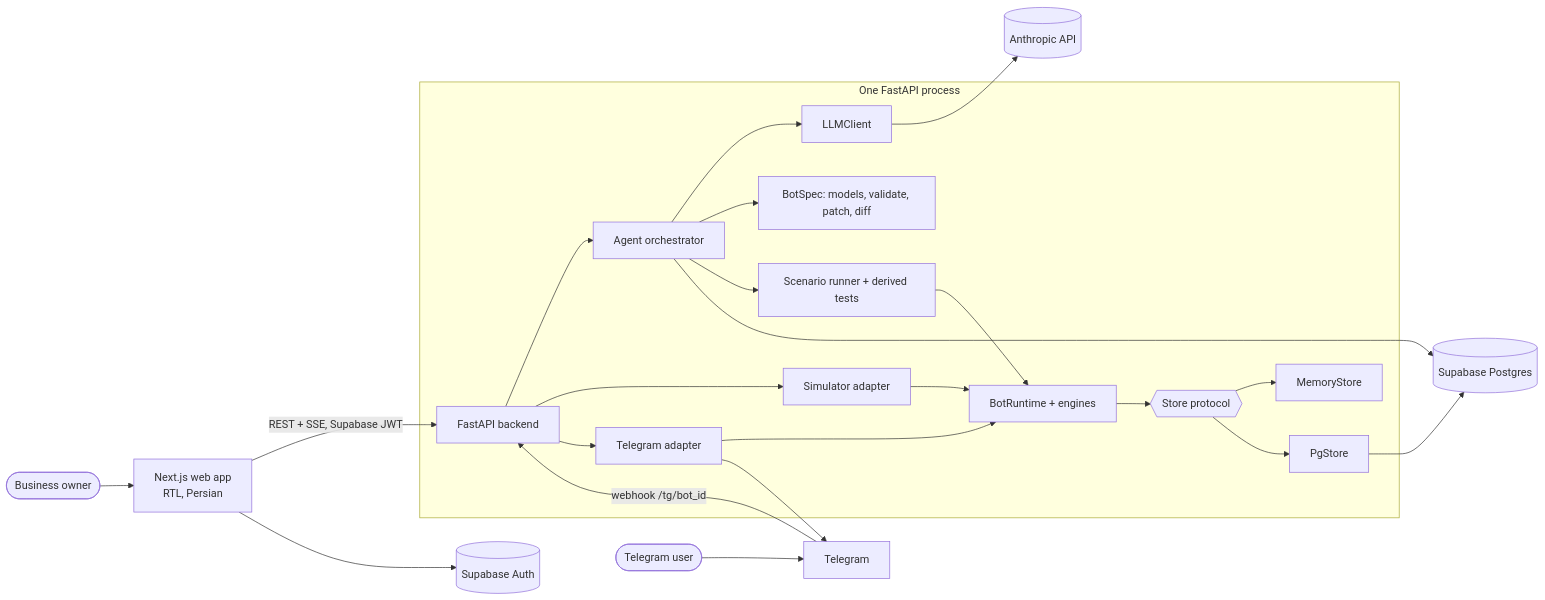
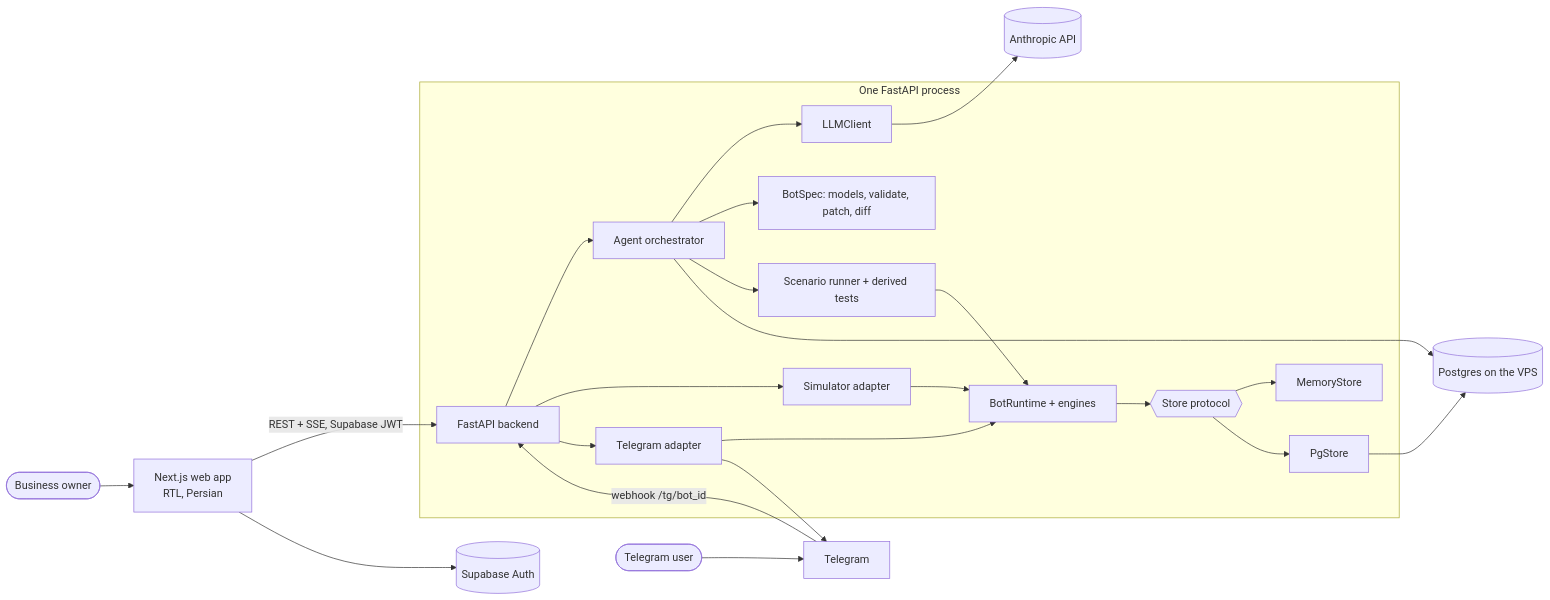
Before and after one commit to 123100123/BotForge: the first of 5 diagrams in IMPLEMENTATION_ROADMAP.md, drawn with Mermaid. The commit also changed other lines of this file, not shown here.

Commit message:
Roadmap: self-host on one VPS with Docker Compose

````diff
--- a/IMPLEMENTATION_ROADMAP.md
+++ b/IMPLEMENTATION_ROADMAP.md
@@ -282,26 +286,26 @@
 ```mermaid
 flowchart LR
     Owner([Business owner]) --> FE[Next.js web app<br>RTL, Persian]
     TGUser([Telegram user]) --> TG[Telegram]
     FE -->|REST + SSE, Supabase JWT| API[FastAPI backend]
     TG -->|webhook /tg/bot_id| API
     subgraph Backend[One FastAPI process]
         API --> AG[Agent orchestrator]
         API --> SIM[Simulator adapter]
         API --> TGA[Telegram adapter]
         AG --> LLM[LLMClient]
         AG --> SPEC[BotSpec: models, validate, patch, diff]
         AG --> TEST[Scenario runner + derived tests]
         TEST --> RT[BotRuntime + engines]
         SIM --> RT
         TGA --> RT
         RT --> STORE{{Store protocol}}
         STORE --> MEM[MemoryStore]
         STORE --> PG[PgStore]
     end
     LLM --> ANT[(Anthropic API)]
-    PG --> DB[(Supabase Postgres)]
+    PG --> DB[(Postgres on the VPS)]
     AG --> DB
     FE --> AUTH[(Supabase Auth)]
     TGA --> TG
 ```
````
